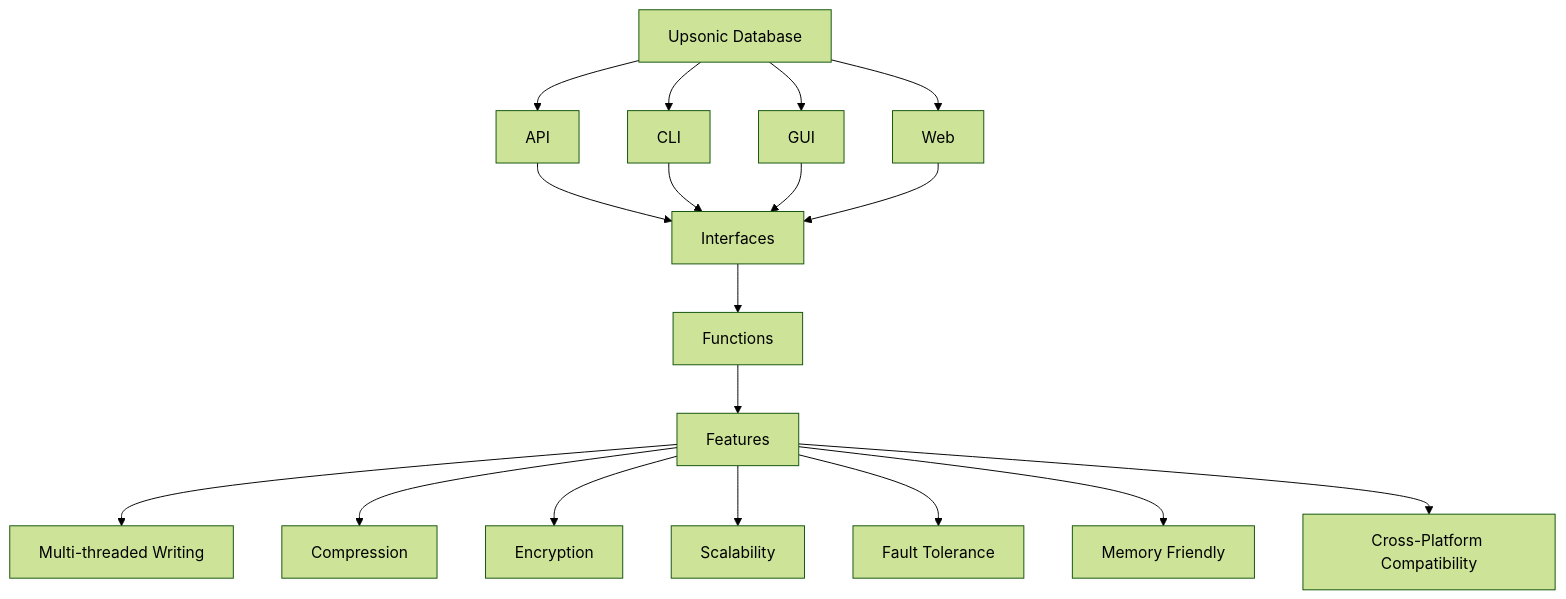
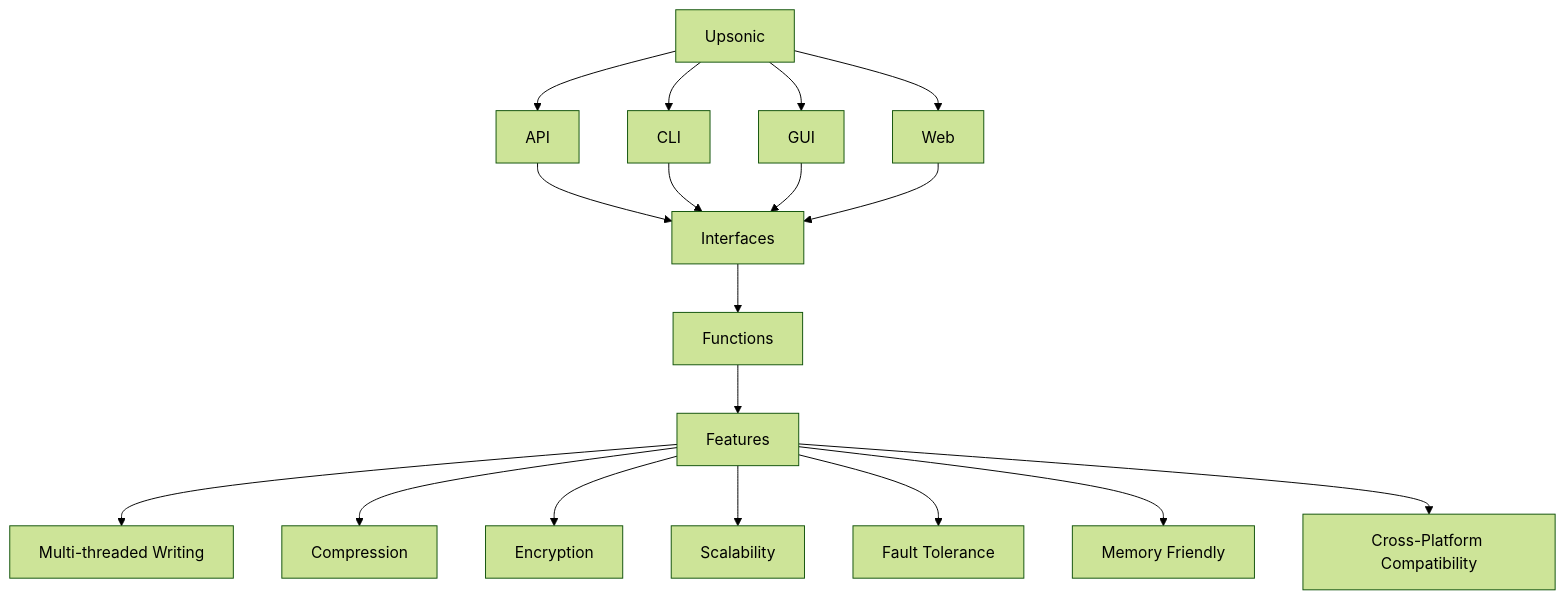
Before and after one commit to Upsonic/KOT: the diagram in README.md, drawn with Mermaid (forest theme). The commit also changed other lines of this file and 6 other files, not shown here.

````diff
--- a/README.md
+++ b/README.md
@@ -112,27 +112,27 @@
 ```mermaid
 graph TD;
-    A[Upsonic Database];
+    A[Upsonic];
 
     A --> O[API];
     A --> P[CLI];
     A --> Q[GUI];
     A --> R[Web];
     O --> N[Interfaces];
     P --> N[Interfaces];
     Q --> N[Interfaces];
     R --> N[Interfaces];
 
     N --> J[Functions];
 
 
     J --> B[Features];
     B --> C[Multi-threaded Writing];
     B --> D[Compression];
     B --> E[Encryption];
     B --> F[Scalability];
     B --> G[Fault Tolerance];
     B --> H[Memory Friendly];
     B --> I[Cross-Platform Compatibility];
 
 
 ```
````
